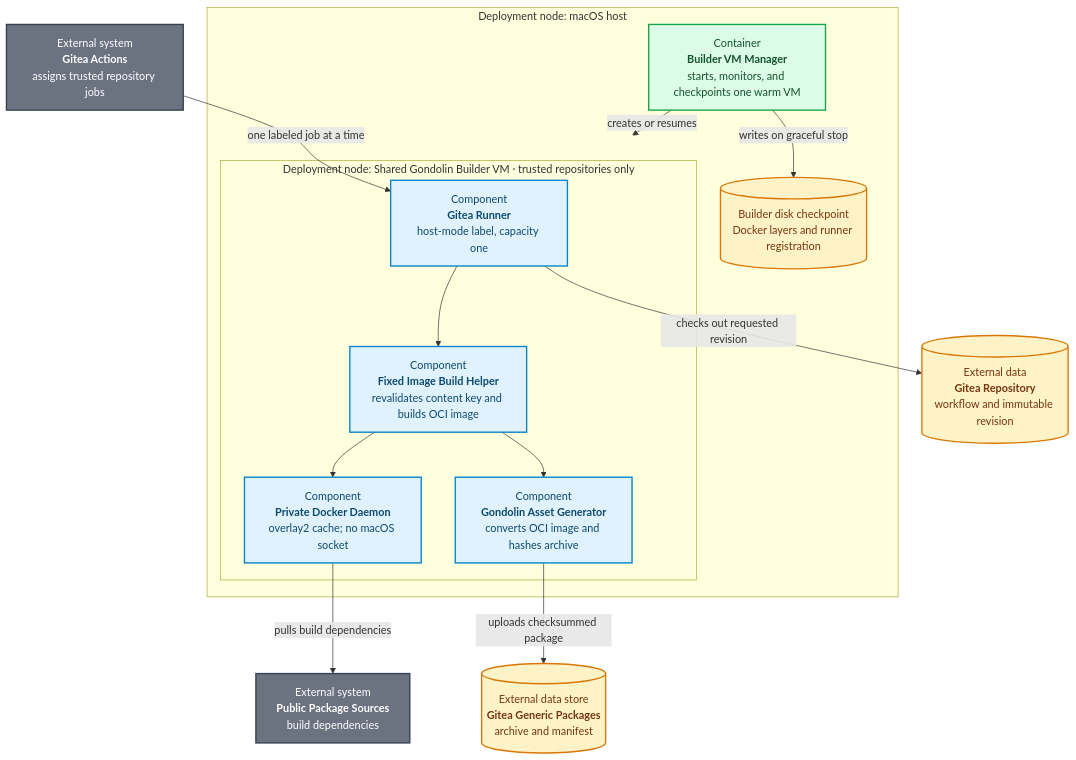
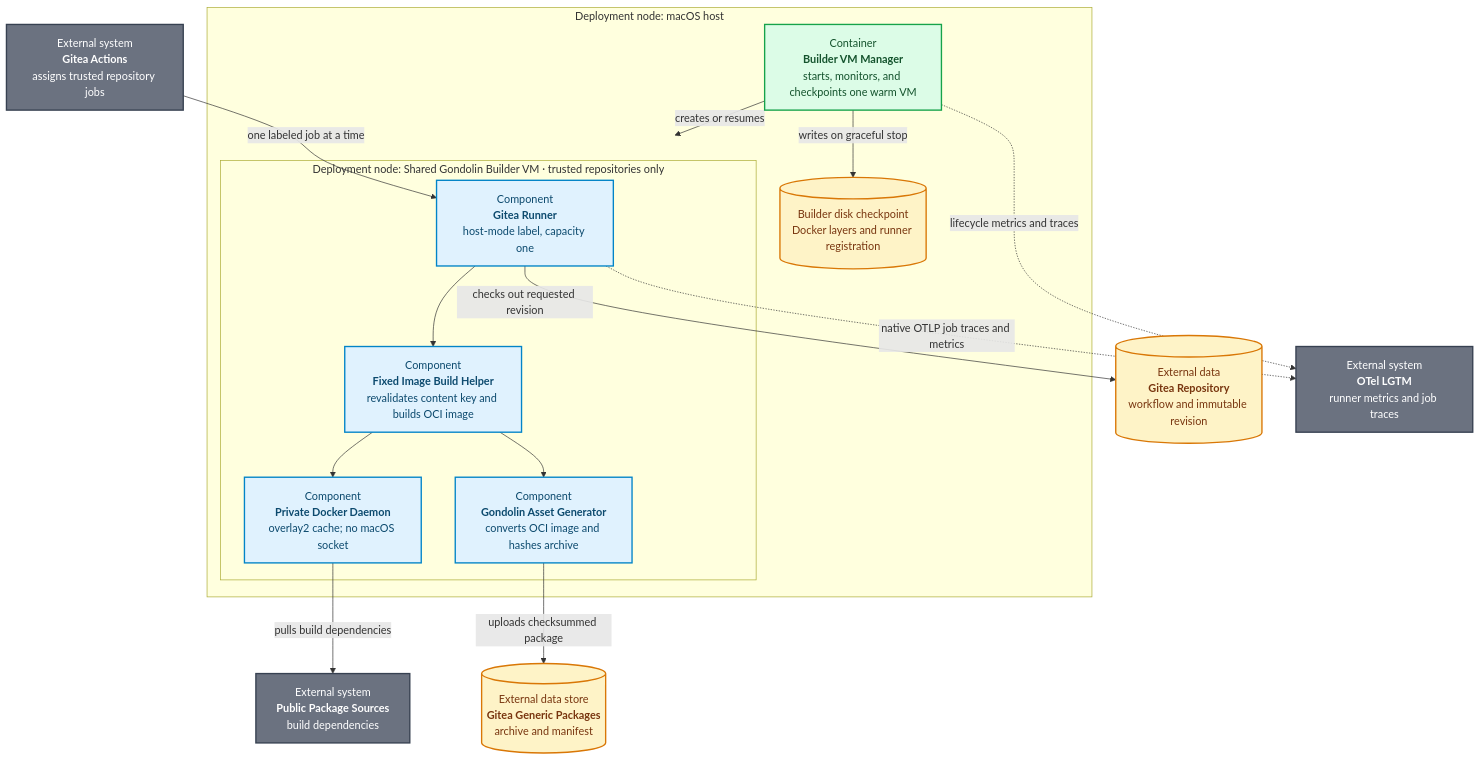
One commit to ragavsathish/agent-workload-platform changed the diagram in products/voice-agent/docs/architecture/c3-disposable-image-builder.mmd. Above: the diagram before and after it, drawn with Mermaid. The commit also changed 33 other files, not shown here.

```diff
--- a/products/voice-agent/docs/architecture/c3-disposable-image-builder.mmd
+++ b/products/voice-agent/docs/architecture/c3-disposable-image-builder.mmd
@@ -1,34 +1,37 @@
 flowchart TB
     GITEA[External system<br/><b>Gitea Actions</b><br/>assigns trusted repository jobs]
     SOURCE[(External data<br/><b>Gitea Repository</b><br/>workflow and immutable revision)]
     PACKAGES[(External data store<br/><b>Gitea Generic Packages</b><br/>archive and manifest)]
     INTERNET[External system<br/><b>Public Package Sources</b><br/>build dependencies]
+    OTEL[External system<br/><b>OTel LGTM</b><br/>runner metrics and job traces]
 
     subgraph HOST["Deployment node: macOS host"]
         MANAGER["Container<br/><b>Builder VM Manager</b><br/>starts, monitors, and checkpoints one warm VM"]
         CHECKPOINT[("Builder disk checkpoint<br/>Docker layers and runner registration")]
         subgraph VM["Deployment node: Shared Gondolin Builder VM · trusted repositories only"]
             RUNNER["Component<br/><b>Gitea Runner</b><br/>host-mode label, capacity one"]
             DOCKER["Component<br/><b>Private Docker Daemon</b><br/>overlay2 cache; no macOS socket"]
             BUILD["Component<br/><b>Fixed Image Build Helper</b><br/>revalidates content key and builds OCI image"]
             ASSETS["Component<br/><b>Gondolin Asset Generator</b><br/>converts OCI image and hashes archive"]
             RUNNER --> BUILD --> DOCKER
             BUILD --> ASSETS
         end
         MANAGER -->|"creates or resumes"| VM
         MANAGER -->|"writes on graceful stop"| CHECKPOINT
     end
 
     GITEA -->|"one labeled job at a time"| RUNNER
     RUNNER -->|"checks out requested revision"| SOURCE
     DOCKER -->|"pulls build dependencies"| INTERNET
     ASSETS -->|"uploads checksummed package"| PACKAGES
+    MANAGER -.->|"lifecycle metrics and traces"| OTEL
+    RUNNER -.->|"native OTLP job traces and metrics"| OTEL
 
     classDef component fill:#e0f2fe,color:#0c4a6e,stroke:#0284c7,stroke-width:2px;
     classDef container fill:#dcfce7,color:#14532d,stroke:#16a34a,stroke-width:2px;
     classDef external fill:#6b7280,color:#fff,stroke:#374151,stroke-width:2px;
     classDef data fill:#fef3c7,color:#78350f,stroke:#d97706,stroke-width:2px;
     class RUNNER,DOCKER,BUILD,ASSETS component;
     class MANAGER container;
-    class GITEA,INTERNET external;
+    class GITEA,INTERNET,OTEL external;
     class SOURCE,PACKAGES,CHECKPOINT data;
```
